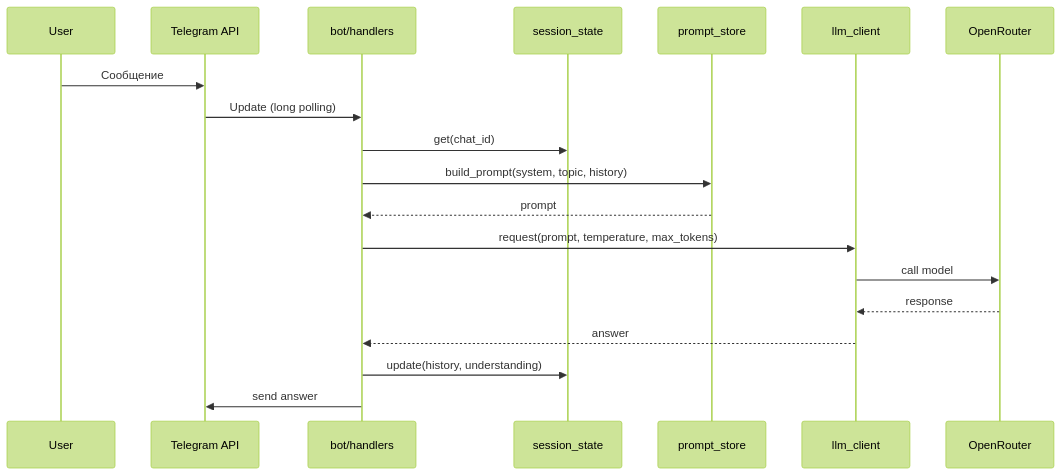
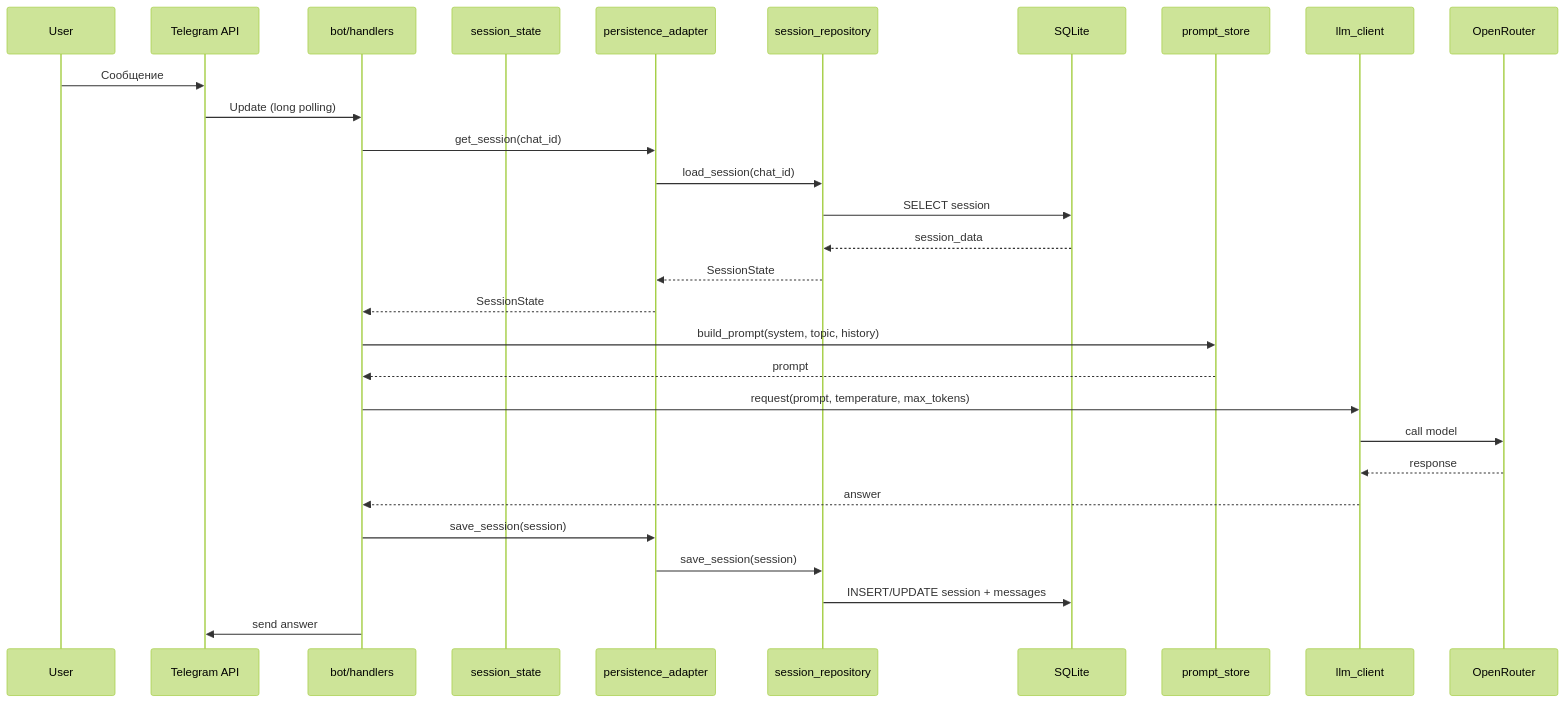
The second of 4 diagrams in doc/vision.md (mihail-gribov/easy-lessons-bot), drawn with Mermaid (forest theme) before and after one commit. The commit also changed other lines of this file and 1 other file, not shown here.

First line of the commit message:
Update vision and tasklist docs for persistence requirements

````diff
--- a/doc/vision.md
+++ b/doc/vision.md
@@ -134,22 +154,32 @@
 ```mermaid
 sequenceDiagram
   participant U as User
   participant TG as Telegram API
   participant B as bot/handlers
   participant S as session_state
+  participant PA as persistence_adapter
+  participant SR as session_repository
+  participant DB as SQLite
   participant P as prompt_store
   participant L as llm_client
   participant OR as OpenRouter
 
   U->>TG: Сообщение
   TG->>B: Update (long polling)
-  B->>S: get(chat_id)
+  B->>PA: get_session(chat_id)
+  PA->>SR: load_session(chat_id)
+  SR->>DB: SELECT session
+  DB-->>SR: session_data
+  SR-->>PA: SessionState
+  PA-->>B: SessionState
   B->>P: build_prompt(system, topic, history)
   P-->>B: prompt
   B->>L: request(prompt, temperature, max_tokens)
   L->>OR: call model
   OR-->>L: response
   L-->>B: answer
-  B->>S: update(history, understanding)
+  B->>PA: save_session(session)
+  PA->>SR: save_session(session)
+  SR->>DB: INSERT/UPDATE session + messages
   B->>TG: send answer
 ```
````
